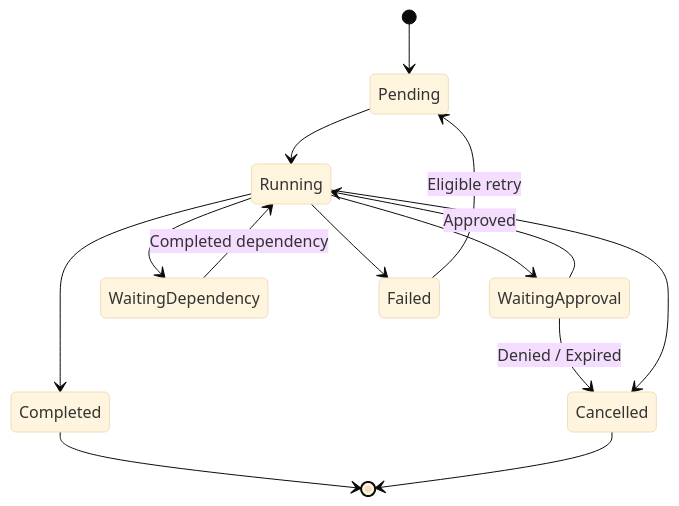
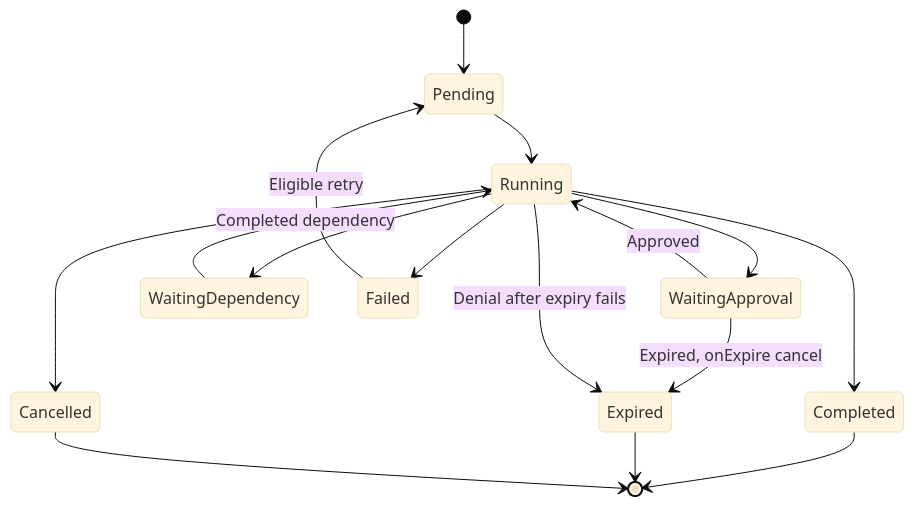
Before and after one commit to underpass-ai/axlr-bots: the third of 4 diagrams in docs/architecture/vision.md, drawn with Mermaid (base theme). The commit also changed 21 other files, not shown here.

````diff
--- a/docs/architecture/vision.md
+++ b/docs/architecture/vision.md
@@ -305,16 +305,18 @@
 ```mermaid
 stateDiagram-v2
     [*] --> Pending
     Pending --> Running
     Running --> WaitingApproval
     WaitingApproval --> Running: Approved
-    WaitingApproval --> Cancelled: Denied / Expired
+    WaitingApproval --> Expired: Expired, onExpire cancel
+    Running --> Expired: Denial after expiry fails
     Running --> WaitingDependency
     WaitingDependency --> Running: Completed dependency
     Running --> Completed
     Running --> Failed
     Failed --> Pending: Eligible retry
     Running --> Cancelled
     Completed --> [*]
+    Expired --> [*]
     Cancelled --> [*]
 ```
````
